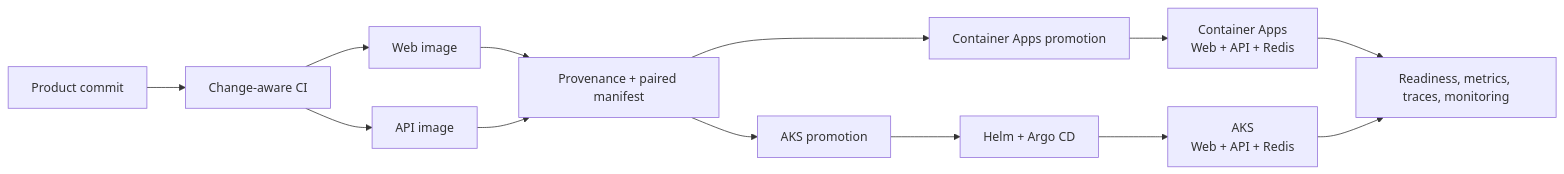
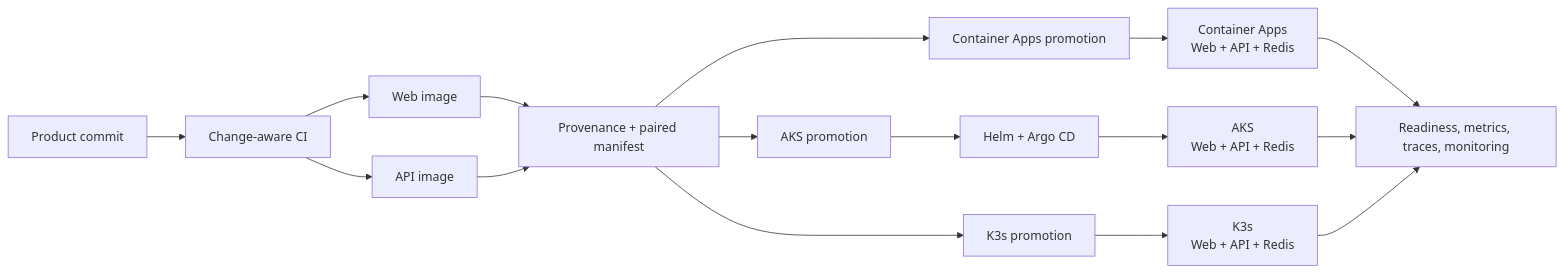
Before and after one commit to optiplex331/Halligalli-BossYang: the diagram in DEVOPS.md, drawn with Mermaid. The commit also changed other lines of this file and 1 other file, not shown here.

````diff
--- a/DEVOPS.md
+++ b/DEVOPS.md
@@ -8,15 +8,18 @@
 ```mermaid
 flowchart LR
     Commit["Product commit"] --> CI["Change-aware CI"]
     CI --> Web["Web image"]
     CI --> API["API image"]
     Web --> Supply["Provenance + paired manifest"]
     API --> Supply
     Supply --> CAP["Container Apps promotion"]
     Supply --> AKSP["AKS promotion"]
+    Supply --> K3SP["K3s promotion"]
     CAP --> CA["Container Apps<br/>Web + API + Redis"]
     AKSP --> Argo["Helm + Argo CD"]
+    K3SP --> K3S["K3s<br/>Web + API + Redis"]
     Argo --> AKS["AKS<br/>Web + API + Redis"]
     CA --> Observe["Readiness, metrics, traces, monitoring"]
     AKS --> Observe
+    K3S --> Observe
 ```
````
